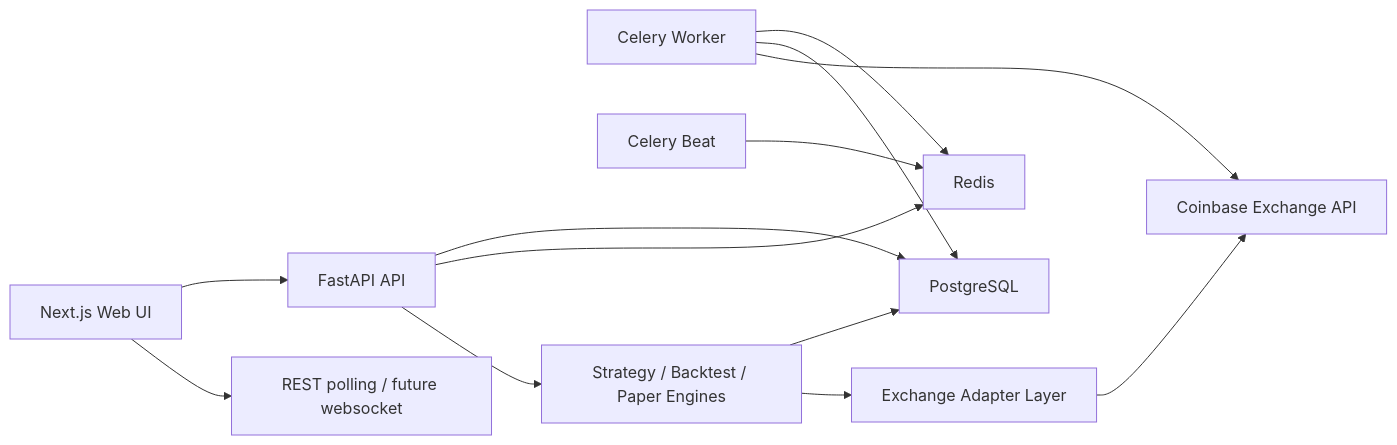
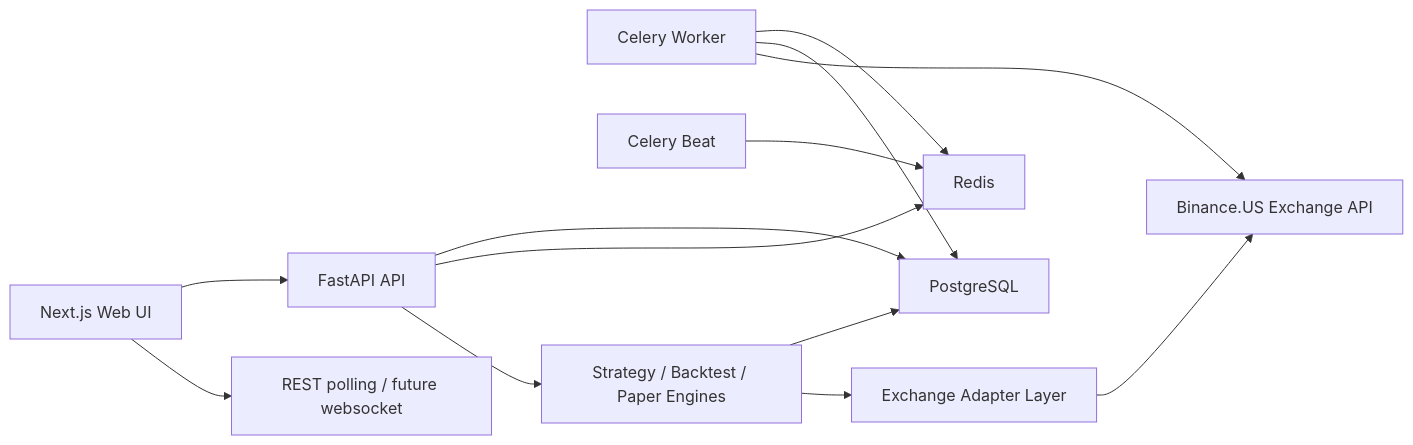
The diagram in docs/architecture.md (miralitys/trader_new), drawn with Mermaid before and after one commit. The commit also changed other lines of this file and 52 other files, not shown here.

````diff
--- a/docs/architecture.md
+++ b/docs/architecture.md
@@ -5,15 +5,15 @@
 ```mermaid
 flowchart LR
     UI["Next.js Web UI"] --> API["FastAPI API"]
     UI --> WS["REST polling / future websocket"]
     API --> DB["PostgreSQL"]
     API --> Redis["Redis"]
     Worker["Celery Worker"] --> Redis
     Beat["Celery Beat"] --> Redis
     Worker --> DB
-    Worker --> Coinbase["Coinbase Exchange API"]
+    Worker --> BinanceUS["Binance.US Exchange API"]
     API --> Engine["Strategy / Backtest / Paper Engines"]
     Engine --> DB
     Engine --> Adapter["Exchange Adapter Layer"]
-    Adapter --> Coinbase
+    Adapter --> BinanceUS
 ```
````
